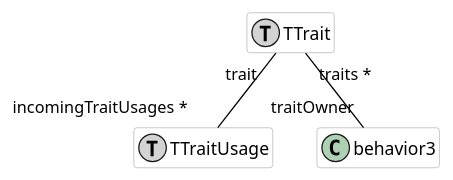
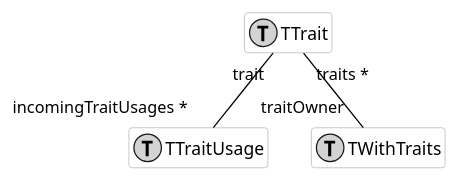
One commit to moosetechnology/moose-wiki changed the diagram in Developers/Diagrams/usetrait.puml. Above: the diagram before and after it, drawn with PlantUML. The commit also changed 1 other file, not shown here.

Commit message:
correcting trait usage UML diagram

```diff
--- a/Developers/Diagrams/usetrait.puml
+++ b/Developers/Diagrams/usetrait.puml
@@ -1,20 +1,23 @@
 @startuml
 hide empty members
 
 skinparam class {
   BackgroundColor white
   ArrowColor black
   BorderColor darkGray
 }
 
 class behavior1 as "TTrait" << (T,lightGrey) >> {
 }
 
 class behavior2 as "TTraitUsage" << (T,lightGrey) >> {
 }
 
+class behavior3 as "TWithTraits" << (T,lightGrey) >> {
+}
 
-behavior1 "trait  " -[#black]- "incomingTraitUsages * " behavior2
-behavior1 "traits * " -[#black]- "traitOwner  " behavior3
+
+behavior1 "trait" -[#black]- "incomingTraitUsages *" behavior2
+behavior1 "traits *" -[#black]- "traitOwner" behavior3
 
 @enduml
```
